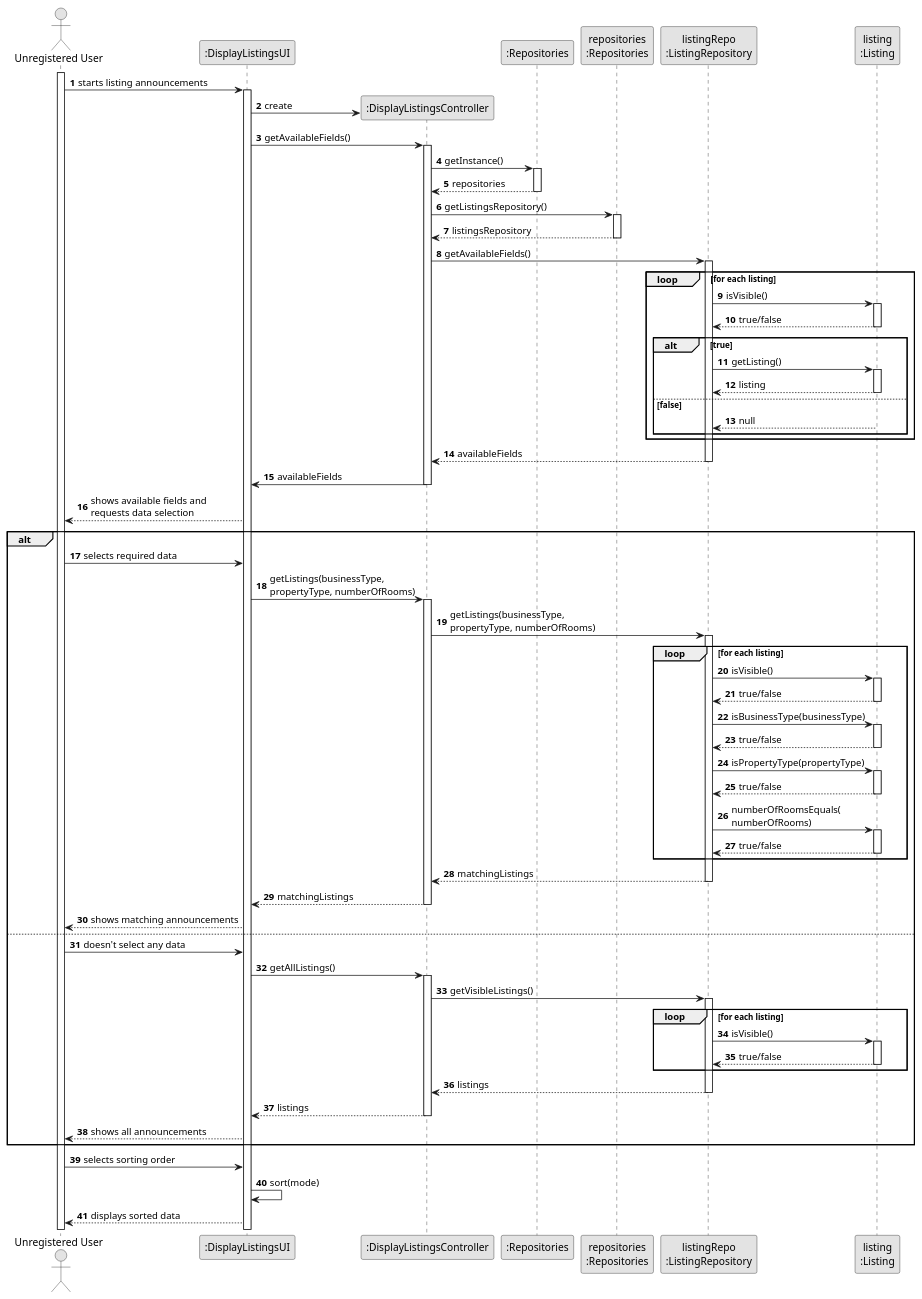
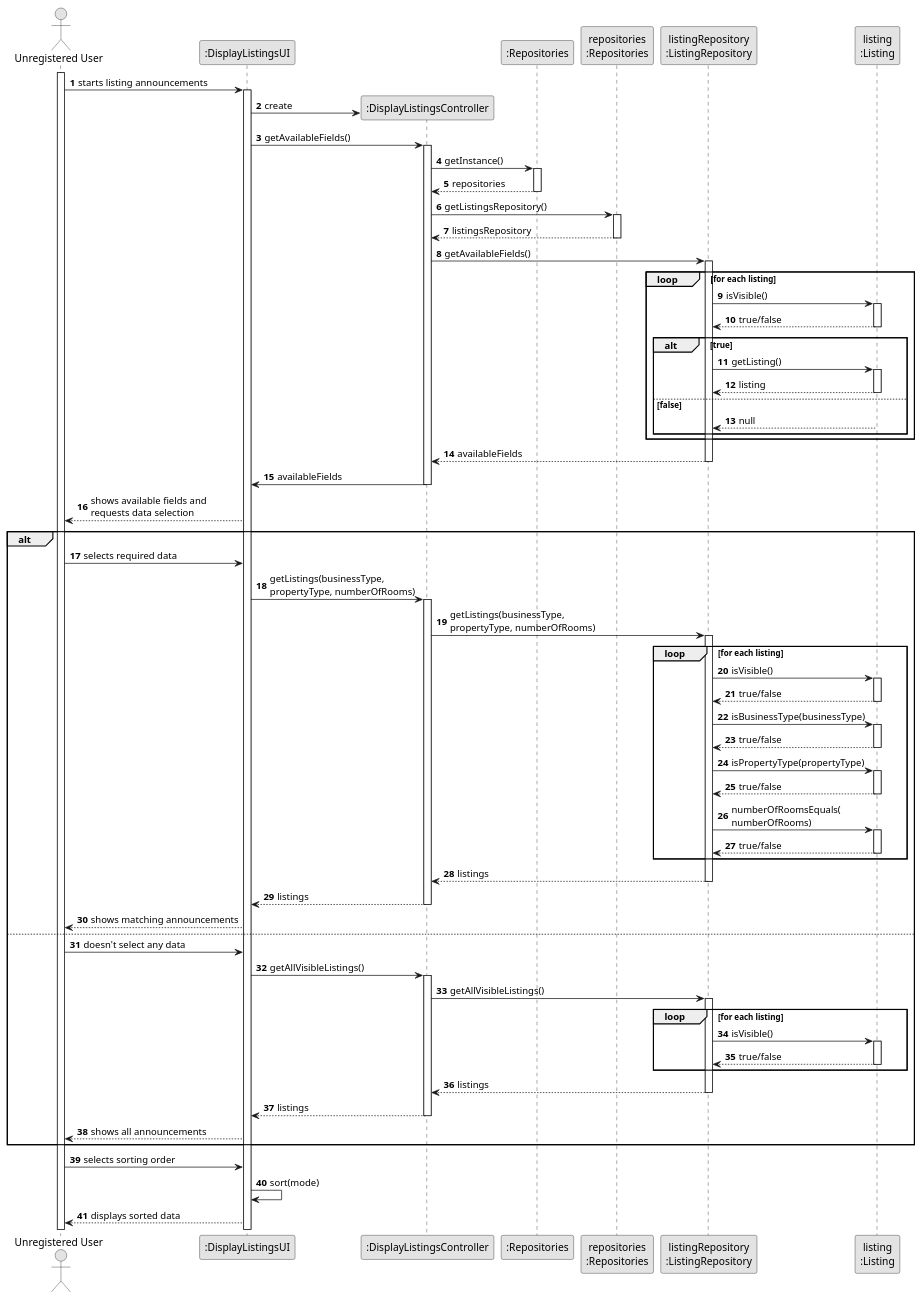
The diagram in docs/sprintB/US001/03.design/puml/us001-sequence-diagram-full.puml (tiagohcorreia/LAPR2), drawn with PlantUML before and after one commit. The commit also changed 1 other file, not shown here.

Commit message:
US1 - Listing class: changed constructors so that they use setter methods, added some validation (exceptions) and implemented the toString() method

```diff
--- a/docs/sprintB/US001/03.design/puml/us001-sequence-diagram-full.puml
+++ b/docs/sprintB/US001/03.design/puml/us001-sequence-diagram-full.puml
@@ -1,123 +1,123 @@
 @startuml
 skinparam monochrome true
 skinparam packageStyle rectangle
 skinparam shadowing false
 
 autonumber
 
 'hide footbox
 actor "Unregistered User" as UR
 participant ":DisplayListingsUI" as UI
 participant ":DisplayListingsUI" as UI
 participant ":DisplayListingsController" as CTRL
 participant ":Repositories" as reposclass
 participant "repositories\n:Repositories" as repositories
-participant "listingRepo\n:ListingRepository" as LRepo
+participant "listingRepository\n:ListingRepository" as LRepo
 participant "listing\n:Listing" as listing
 
 
 
 activate UR
 UR -> UI: starts listing announcements
 activate UI
 UI -> CTRL**: create
 UI -> CTRL: getAvailableFields()
 activate CTRL
 
 CTRL -> reposclass: getInstance()
 activate reposclass
 reposclass --> CTRL: repositories
 deactivate reposclass
 CTRL -> repositories: getListingsRepository()
 activate repositories
 repositories --> CTRL: listingsRepository
 deactivate repositories
 CTRL -> LRepo: getAvailableFields()
 activate LRepo
 loop for each listing
 LRepo -> listing: isVisible()
 activate listing
 return true/false
 'LRepo -> listing: getBusinessType()
 alt true
 LRepo -> listing: getListing()
 activate listing
 return listing
 else false
 listing --> LRepo: null
 end
 'listing --> LRepo: businessType
 'LRepo -> listing: getPropertyType()
 'listing --> LRepo: propertyType
 'LRepo -> listing: getNumberOfRooms()
 'listing --> LRepo: numberOfRooms
 deactivate listing
 end
 LRepo --> CTRL: availableFields
 deactivate LRepo
 
 CTRL -> UI: availableFields
 deactivate CTRL
 
 UI --> UR: shows available fields and\nrequests data selection
 alt
 UR -> UI: selects required data
 UI -> CTRL: getListings(businessType,\npropertyType, numberOfRooms)
 activate CTRL
 CTRL -> LRepo: getListings(businessType,\npropertyType, numberOfRooms)
 activate LRepo
 loop for each listing
 LRepo -> listing: isVisible()
 activate listing
 return true/false
 deactivate listing
 LRepo -> listing: isBusinessType(businessType)
 activate listing
 return true/false
 deactivate listing
 
 LRepo -> listing: isPropertyType(propertyType)
 activate listing
 return true/false
 deactivate listing
 
 LRepo -> listing: numberOfRoomsEquals(\nnumberOfRooms)
 activate listing
 return true/false
 deactivate listing
 
 
 end
 
-LRepo --> CTRL: matchingListings
+LRepo --> CTRL: listings
 deactivate LRepo
-CTRL --> UI: matchingListings
+CTRL --> UI: listings
 deactivate CTRL
 UI --> UR: shows matching announcements
 else
 UR -> UI: doesn't select any data
-UI -> CTRL: getAllListings()
+UI -> CTRL: getAllVisibleListings()
 activate CTRL
-CTRL -> LRepo: getVisibleListings()
+CTRL -> LRepo: getAllVisibleListings()
 activate LRepo
 loop for each listing
 LRepo -> listing: isVisible()
 activate listing
 return true/false
 deactivate listing
 end
 LRepo --> CTRL: listings
 deactivate LRepo
 
 CTRL --> UI: listings
 deactivate CTRL
 UI --> UR: shows all announcements
 
 end 'ALT fragment end
 
 UR -> UI: selects sorting order
 UI -> UI: sort(mode)
 UI --> UR: displays sorted data
 
 
 @enduml
```
